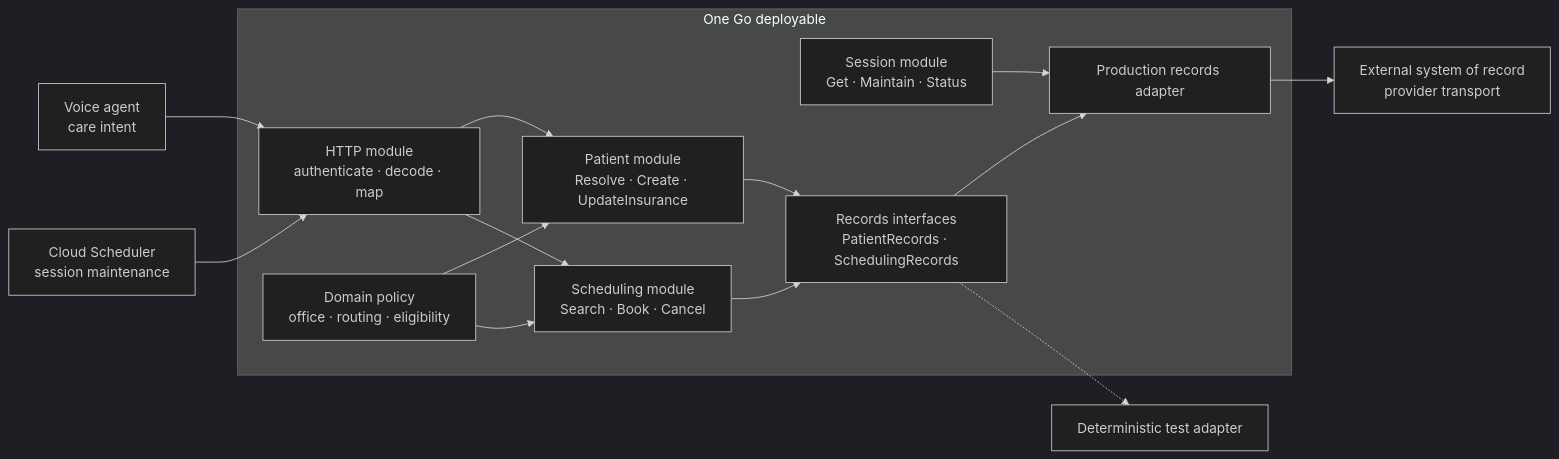
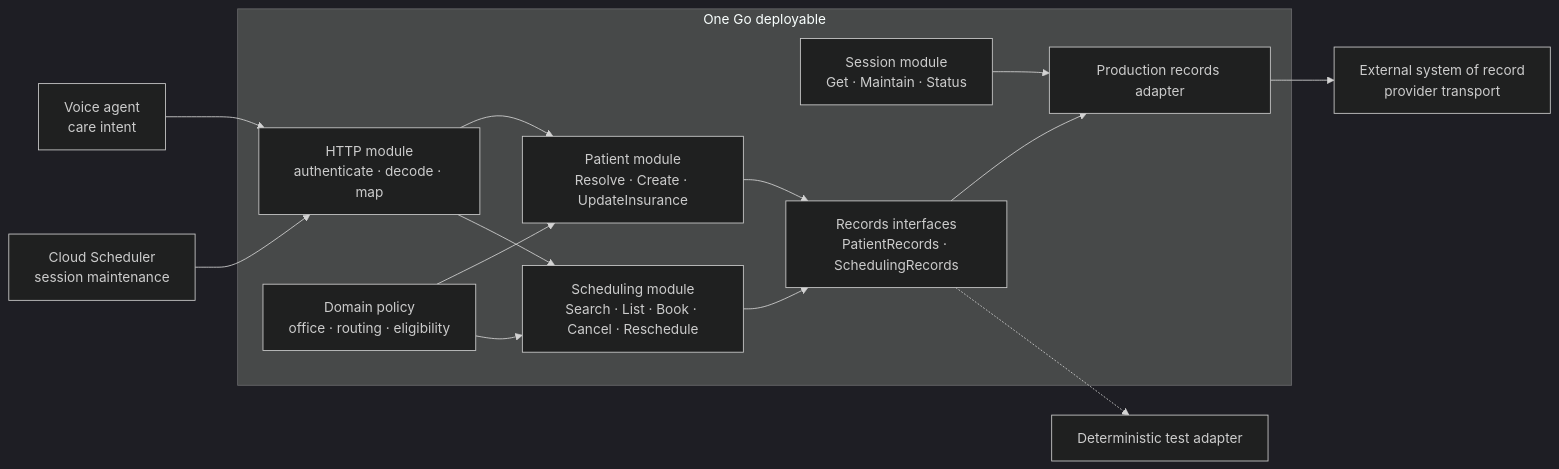
The first of 5 diagrams in README.md (Data-Buddies-Solutions/amd_middleware), drawn with Mermaid (dark theme) before and after one commit. The commit also changed other lines of this file and 25 other files, not shown here.

````diff
--- a/README.md
+++ b/README.md
@@ -21,29 +21,29 @@
 ```mermaid
 flowchart LR
     caller["Voice agent<br/>care intent"]
     scheduler["Cloud Scheduler<br/>session maintenance"]
 
     subgraph app["One Go deployable"]
         http["HTTP module<br/>authenticate · decode · map"]
         patient["Patient module<br/>Resolve · Create · UpdateInsurance"]
-        scheduling["Scheduling module<br/>Search · Book · Cancel"]
+        scheduling["Scheduling module<br/>Search · List · Book · Cancel · Reschedule"]
         policy["Domain policy<br/>office · routing · eligibility"]
         session["Session module<br/>Get · Maintain · Status"]
         records["Records interfaces<br/>PatientRecords · SchedulingRecords"]
         adapter["Production records adapter"]
 
         http --> patient
         http --> scheduling
         policy --> patient
         policy --> scheduling
         patient --> records
         scheduling --> records
         records --> adapter
         session --> adapter
     end
 
     caller --> http
     scheduler --> http
     adapter --> provider["External system of record<br/>provider transport"]
     records -.-> testadapter["Deterministic test adapter"]
 ```
````
